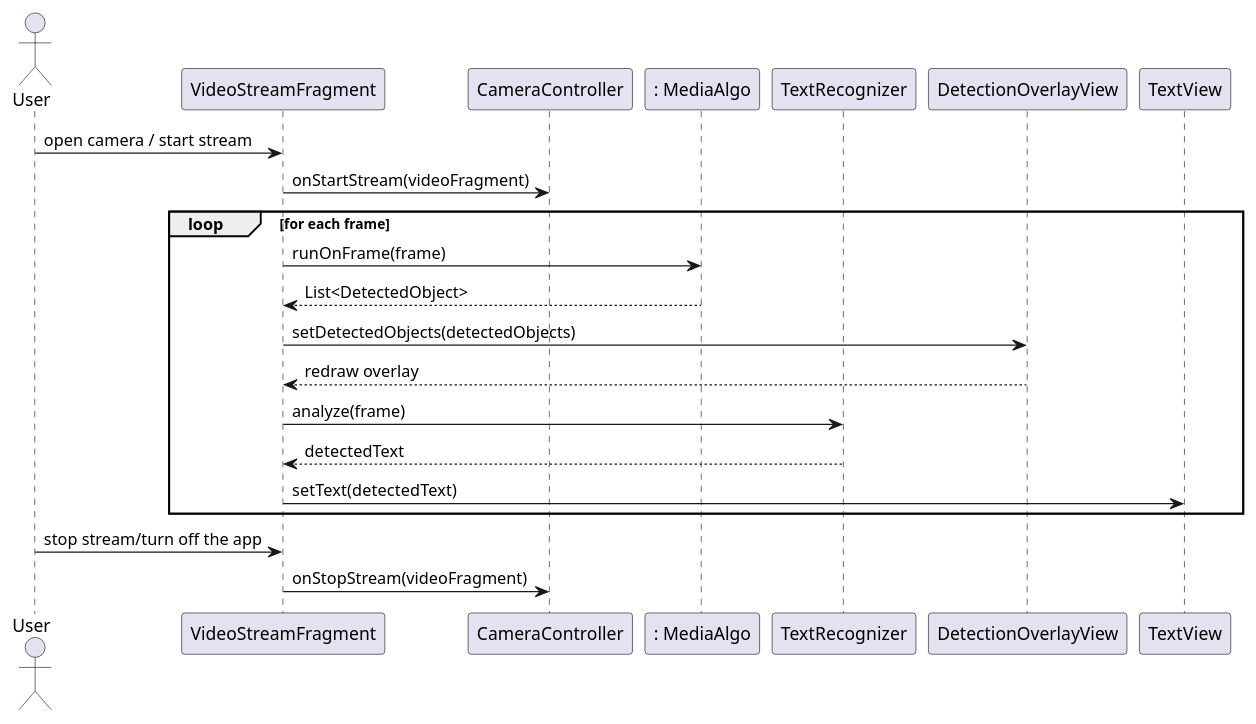
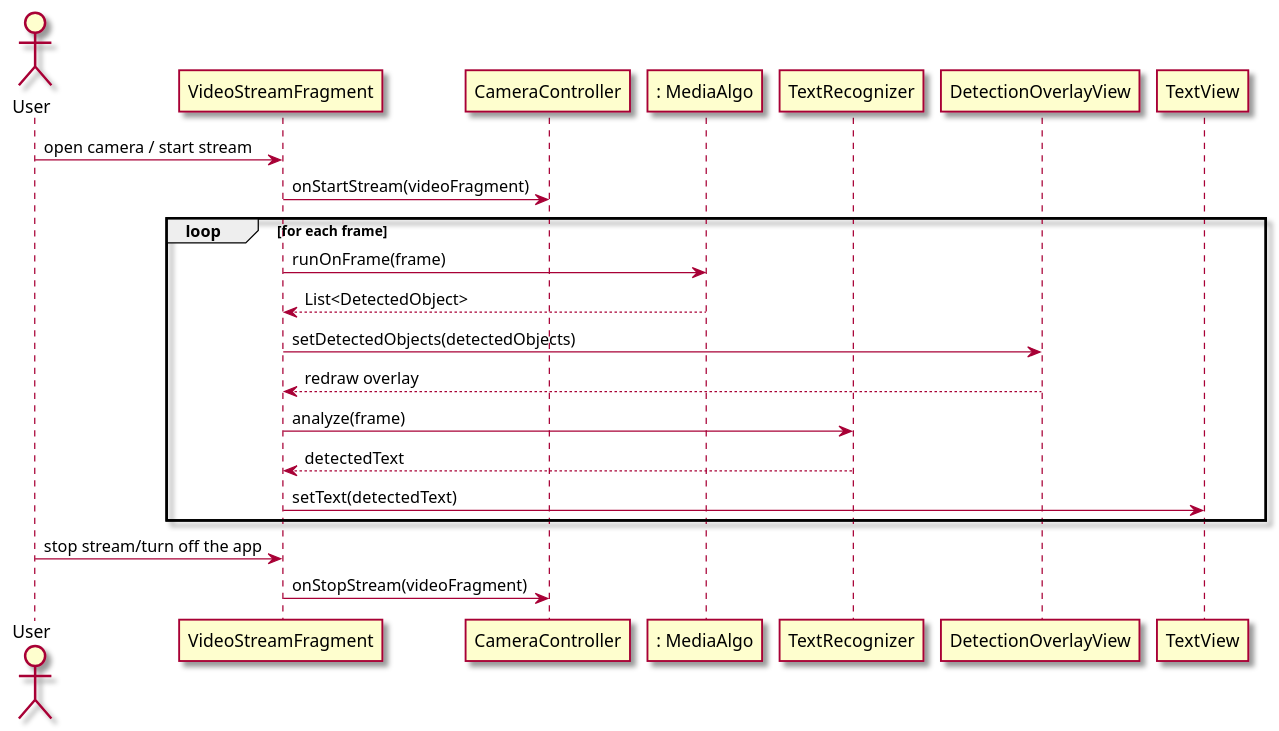
Before and after one commit to tonyh1306/OBRE-Vision-through-a-screen: the second of 2 diagrams in intellij/doc/use-cases/analyze-video.md, drawn with PlantUML. The commit also changed other lines of this file and 13 other files, not shown here.

````diff
--- a/intellij/doc/use-cases/analyze-video.md
+++ b/intellij/doc/use-cases/analyze-video.md
@@ -51,32 +51,33 @@
 ```plantuml
 @startuml
+skin rose
 actor User
 
 participant "VideoStreamFragment" as videoFragment
 participant "CameraController" as controller
 participant ": MediaAlgo" as mediaAlgo
 participant "TextRecognizer" as textRecognizer
 participant "DetectionOverlayView" as overlayView
 participant "TextView" as textView
 
 User -> videoFragment : open camera / start stream
 videoFragment -> controller : onStartStream(videoFragment)
 
 loop for each frame
     videoFragment -> mediaAlgo : runOnFrame(frame)
     mediaAlgo --> videoFragment : List<DetectedObject>
 
     videoFragment -> overlayView : setDetectedObjects(detectedObjects)
     overlayView --> videoFragment : redraw overlay
 
     videoFragment -> textRecognizer : analyze(frame)
     textRecognizer --> videoFragment : detectedText
     videoFragment -> textView : setText(detectedText)
 end
 
 User -> videoFragment : stop stream/turn off the app
 videoFragment -> controller : onStopStream(videoFragment)
 
 @enduml
 
 ```
````
